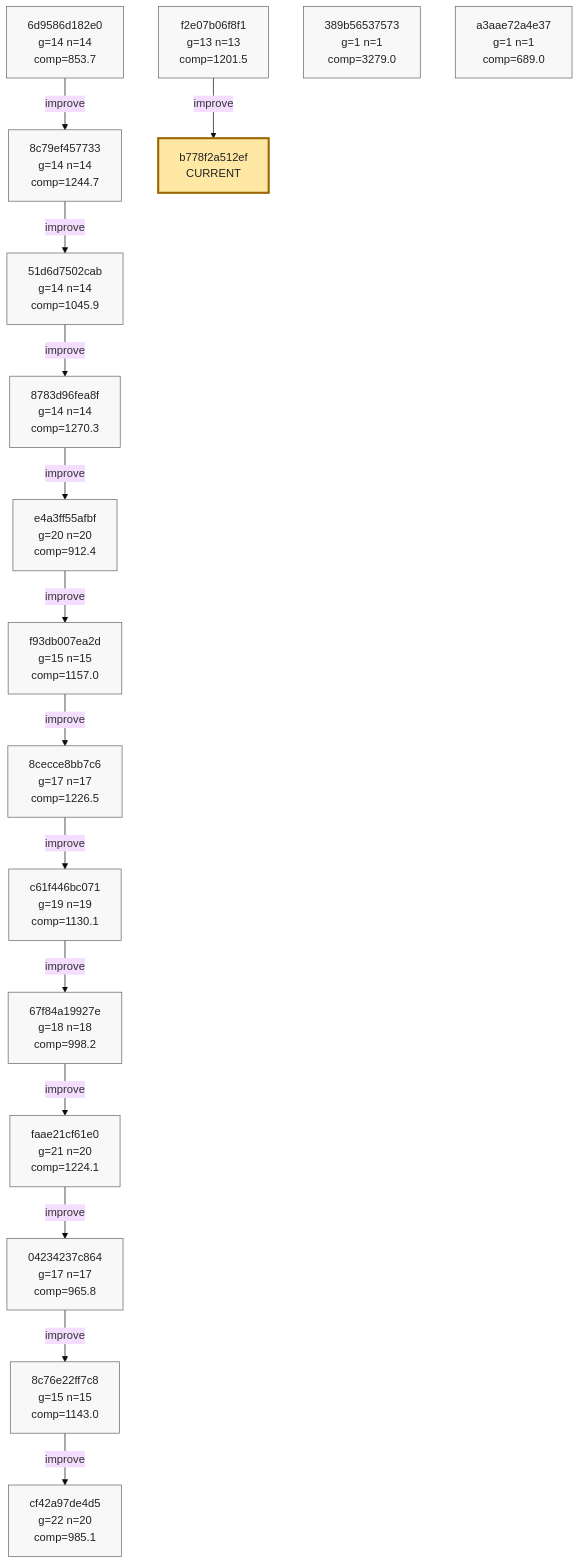
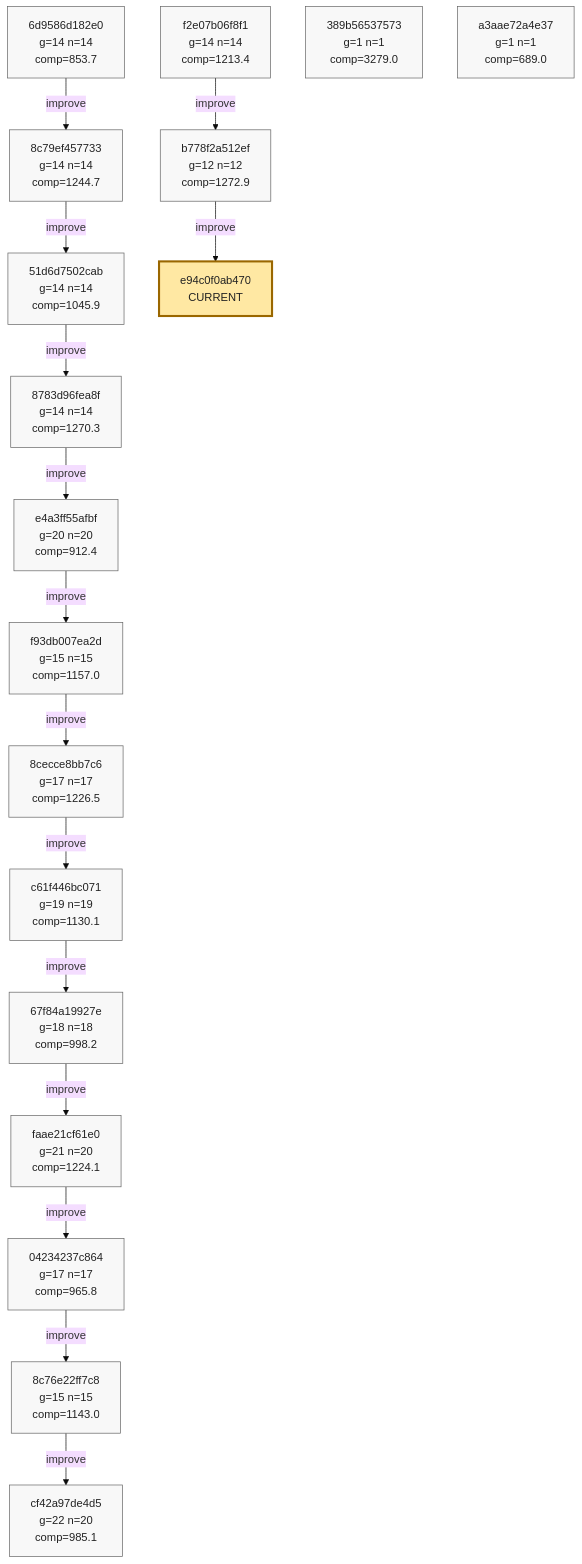
Before and after one commit to azumag/soviet_now: the eighth of 8 diagrams in phyrogenetic-tree.md, drawn with Mermaid (base theme). The commit also changed other lines of this file and 2 other files, not shown here.

Commit message:
eloop Improve after 12 games (scores: 1346 922 2332 1470 793 2673 1024 2147 1478 2690 1262 781)

````diff
--- a/phyrogenetic-tree.md
+++ b/phyrogenetic-tree.md
@@ -1917,57 +1917,60 @@
 ```mermaid
 flowchart TD
     h_6d9586d182e0["6d9586d182e0<br/>g=14 n=14<br/>comp=853.7"]
     h_8c79ef457733["8c79ef457733<br/>g=14 n=14<br/>comp=1244.7"]
     h_51d6d7502cab["51d6d7502cab<br/>g=14 n=14<br/>comp=1045.9"]
     h_8783d96fea8f["8783d96fea8f<br/>g=14 n=14<br/>comp=1270.3"]
     h_e4a3ff55afbf["e4a3ff55afbf<br/>g=20 n=20<br/>comp=912.4"]
     h_f93db007ea2d["f93db007ea2d<br/>g=15 n=15<br/>comp=1157.0"]
     h_8cecce8bb7c6["8cecce8bb7c6<br/>g=17 n=17<br/>comp=1226.5"]
     h_c61f446bc071["c61f446bc071<br/>g=19 n=19<br/>comp=1130.1"]
     h_67f84a19927e["67f84a19927e<br/>g=18 n=18<br/>comp=998.2"]
     h_faae21cf61e0["faae21cf61e0<br/>g=21 n=20<br/>comp=1224.1"]
     h_04234237c864["04234237c864<br/>g=17 n=17<br/>comp=965.8"]
     h_8c76e22ff7c8["8c76e22ff7c8<br/>g=15 n=15<br/>comp=1143.0"]
     h_cf42a97de4d5["cf42a97de4d5<br/>g=22 n=20<br/>comp=985.1"]
-    h_f2e07b06f8f1["f2e07b06f8f1<br/>g=13 n=13<br/>comp=1201.5"]
+    h_f2e07b06f8f1["f2e07b06f8f1<br/>g=14 n=14<br/>comp=1213.4"]
+    h_b778f2a512ef["b778f2a512ef<br/>g=12 n=12<br/>comp=1272.9"]
     h_389b56537573["389b56537573<br/>g=1 n=1<br/>comp=3279.0"]
     h_a3aae72a4e37["a3aae72a4e37<br/>g=1 n=1<br/>comp=689.0"]
-    h_b778f2a512ef["b778f2a512ef<br/>CURRENT"]
+    h_e94c0f0ab470["e94c0f0ab470<br/>CURRENT"]
 
     h_6d9586d182e0 -->|improve| h_8c79ef457733
     h_8c79ef457733 -->|improve| h_51d6d7502cab
     h_51d6d7502cab -->|improve| h_8783d96fea8f
     h_8783d96fea8f -->|improve| h_e4a3ff55afbf
     h_e4a3ff55afbf -->|improve| h_f93db007ea2d
     h_f93db007ea2d -->|improve| h_8cecce8bb7c6
     h_8cecce8bb7c6 -->|improve| h_c61f446bc071
     h_c61f446bc071 -->|improve| h_67f84a19927e
     h_67f84a19927e -->|improve| h_faae21cf61e0
     h_faae21cf61e0 -->|improve| h_04234237c864
     h_04234237c864 -->|improve| h_8c76e22ff7c8
     h_8c76e22ff7c8 -->|improve| h_cf42a97de4d5
     h_f2e07b06f8f1 -->|improve| h_b778f2a512ef
+    h_b778f2a512ef -->|improve| h_e94c0f0ab470
 
     classDef plain fill:#f8f8f8,stroke:#666,stroke-width:1px,color:#222;
     classDef current fill:#ffe8a3,stroke:#9a6700,stroke-width:3px,color:#222;
     classDef anchor fill:#d7f5dd,stroke:#1f6f43,stroke-width:3px,color:#222;
     classDef current_anchor fill:#f3e4a8,stroke:#1f6f43,stroke-width:4px,color:#222;
 
     class h_6d9586d182e0 plain;
     class h_8c79ef457733 plain;
     class h_51d6d7502cab plain;
     class h_8783d96fea8f plain;
     class h_e4a3ff55afbf plain;
     class h_f93db007ea2d plain;
     class h_8cecce8bb7c6 plain;
     class h_c61f446bc071 plain;
     class h_67f84a19927e plain;
     class h_faae21cf61e0 plain;
     class h_04234237c864 plain;
     class h_8c76e22ff7c8 plain;
     class h_cf42a97de4d5 plain;
     class h_f2e07b06f8f1 plain;
+    class h_b778f2a512ef plain;
     class h_389b56537573 plain;
     class h_a3aae72a4e37 plain;
-    class h_b778f2a512ef current;
+    class h_e94c0f0ab470 current;
 ```
````
